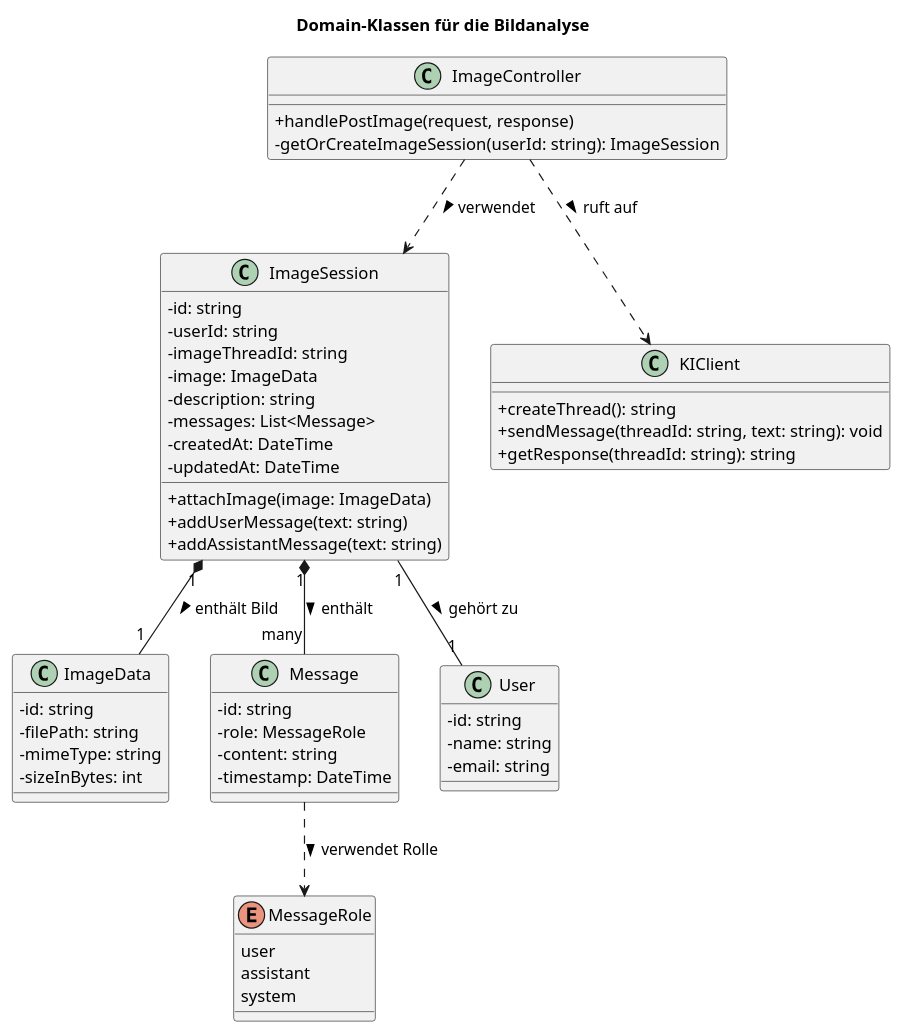
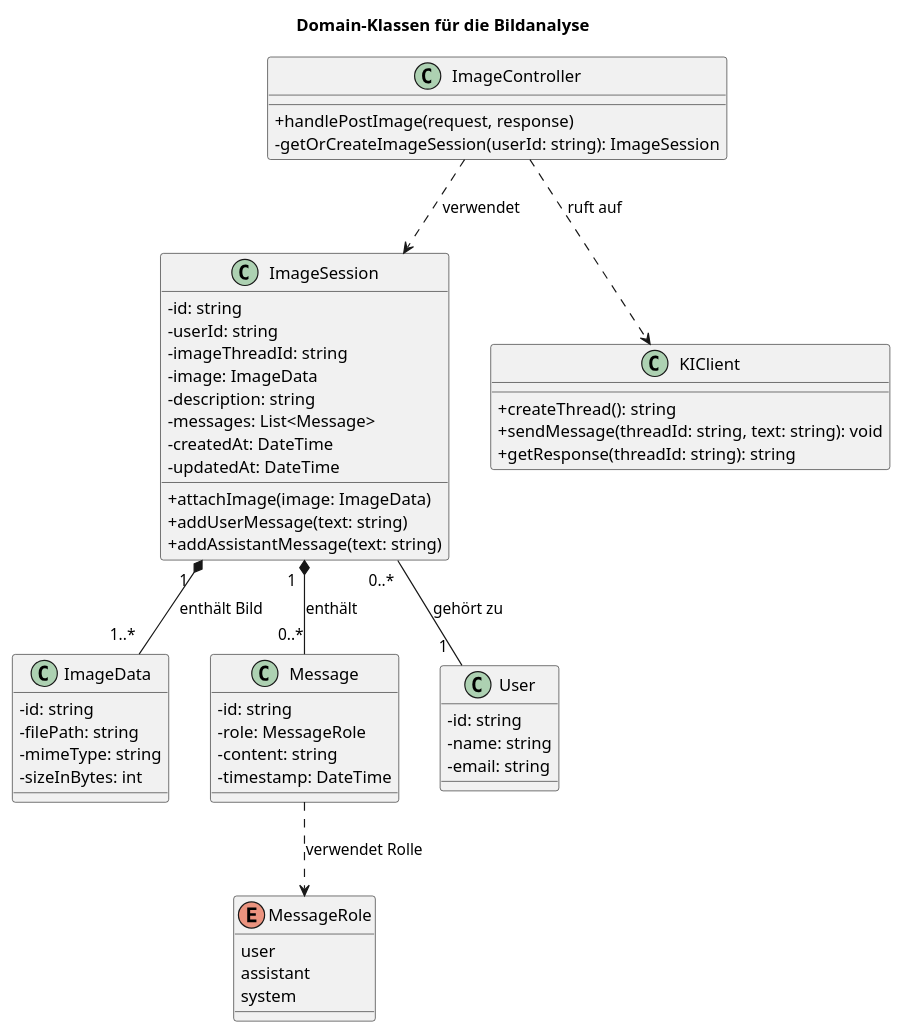
One commit to Himan-Herman/entscheidungs-app-imac- changed the diagram in docs/uml/bildupload_classes.puml. Above: the diagram before and after it, drawn with PlantUML. The commit also changed 2 other files, not shown here.

```diff
--- a/docs/uml/bildupload_classes.puml
+++ b/docs/uml/bildupload_classes.puml
@@ -1,68 +1,68 @@
 @startuml image_classes
 skinparam classAttributeIconSize 0
 
 title Domain-Klassen für die Bildanalyse
 
 class ImageSession {
   - id: string
   - userId: string
   - imageThreadId: string
   - image: ImageData
   - description: string
   - messages: List<Message>
   - createdAt: DateTime
   - updatedAt: DateTime
   + attachImage(image: ImageData)
   + addUserMessage(text: string)
   + addAssistantMessage(text: string)
 }
 
 class ImageData {
   - id: string
   - filePath: string
   - mimeType: string
   - sizeInBytes: int
 }
 
 class Message {
   - id: string
   - role: MessageRole
   - content: string
   - timestamp: DateTime
 }
 
 enum MessageRole {
   user
   assistant
   system
 }
 
 class ImageController {
   + handlePostImage(request, response)
   - getOrCreateImageSession(userId: string): ImageSession
 }
 
 class KIClient {
   + createThread(): string
   + sendMessage(threadId: string, text: string): void
   + getResponse(threadId: string): string
 }
 
 class User {
   - id: string
   - name: string
   - email: string
 }
 
 ' --- Beziehungen im HRW-Stil ---
 
-ImageSession "1" *-- "1" ImageData : enthält Bild >
-ImageSession "1" *-- "many" Message : enthält >
-ImageSession "1" -- "1" User : gehört zu >
+ImageSession "1  " *-- "1..*  " ImageData : enthält Bild 
+ImageSession "1  " *-- "0..*" Message : enthält 
+ImageSession "0..*  " -- "1  " User : gehört zu 
 
-Message ..> MessageRole : verwendet Rolle >
+Message ..> MessageRole : verwendet Rolle 
 
-ImageController ..> ImageSession : verwendet >
-ImageController ..> KIClient : ruft auf >
+ImageController ..> ImageSession : verwendet 
+ImageController ..> KIClient : ruft auf 
 
 @enduml
```
